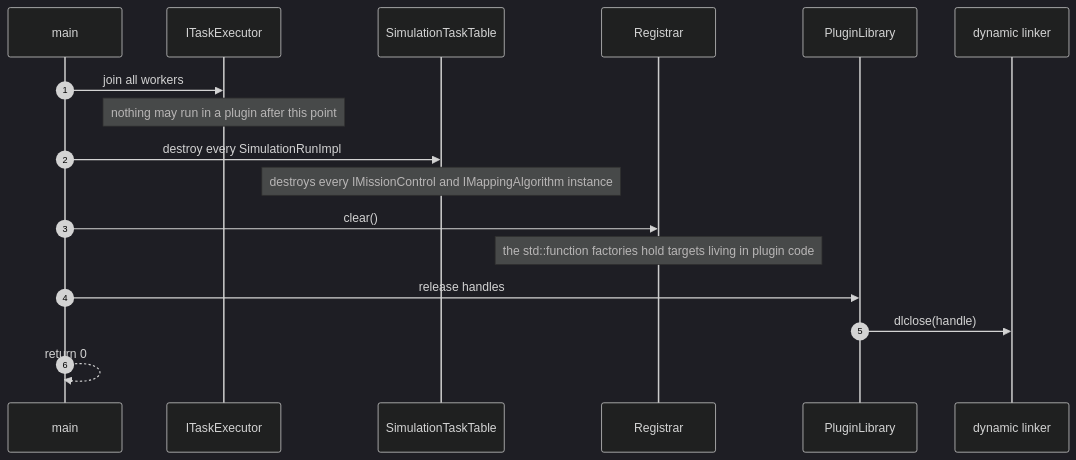
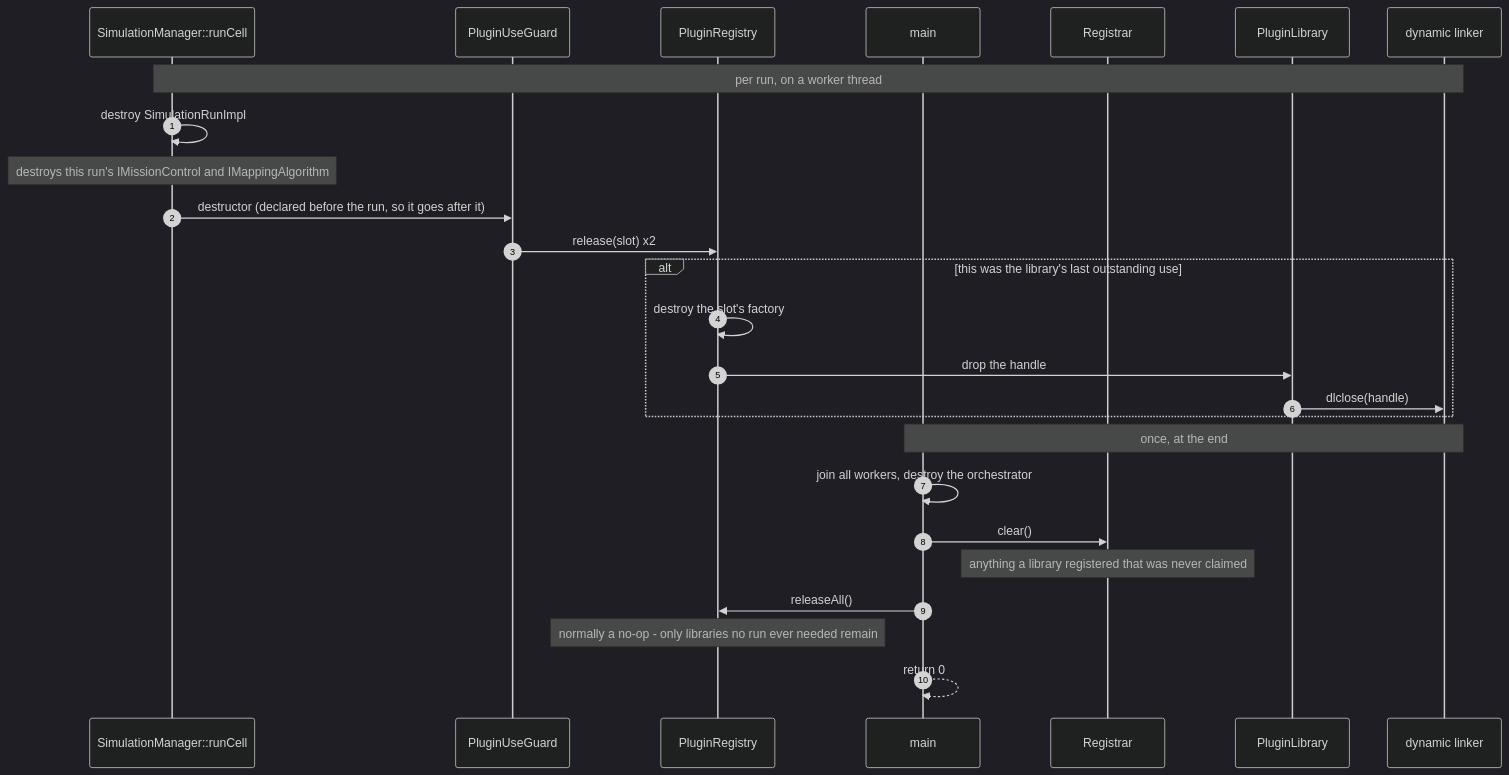
One commit to Roeikaplan/ex3-Drone-Mapper changed diagram 12 of 13 in docs/HLD.md. Above: the diagram before and after it, drawn with Mermaid (dark theme). The commit also changed other lines of this file and 30 other files, not shown here.

````diff
--- a/docs/HLD.md
+++ b/docs/HLD.md
@@ -999,20 +1063,30 @@
 ```mermaid
 sequenceDiagram
     autonumber
+    participant Cell as SimulationManager::runCell
+    participant Guard as PluginUseGuard
+    participant Reg2 as PluginRegistry
     participant Main as main
-    participant Exec as ITaskExecutor
-    participant Table as SimulationTaskTable
     participant Reg as Registrar
     participant Lib as PluginLibrary
     participant OS as dynamic linker
 
-    Main->>Exec: join all workers
-    Note over Exec: nothing may run in a plugin after this point
-    Main->>Table: destroy every SimulationRunImpl
-    Note over Table: destroys every IMissionControl and IMappingAlgorithm instance
+    Note over Cell,OS: per run, on a worker thread
+    Cell->>Cell: destroy SimulationRunImpl
+    Note over Cell: destroys this run's IMissionControl and IMappingAlgorithm
+    Cell->>Guard: destructor (declared before the run, so it goes after it)
+    Guard->>Reg2: release(slot) x2
+    alt this was the library's last outstanding use
+        Reg2->>Reg2: destroy the slot's factory
+        Reg2->>Lib: drop the handle
+        Lib->>OS: dlclose(handle)
+    end
+
+    Note over Main,OS: once, at the end
+    Main->>Main: join all workers, destroy the orchestrator
     Main->>Reg: clear()
-    Note over Reg: the std::function factories hold targets living in plugin code
-    Main->>Lib: release handles
-    Lib->>OS: dlclose(handle)
+    Note over Reg: anything a library registered that was never claimed
+    Main->>Reg2: releaseAll()
+    Note over Reg2: normally a no-op - only libraries no run ever needed remain
     Main-->>Main: return 0
 ```
````
